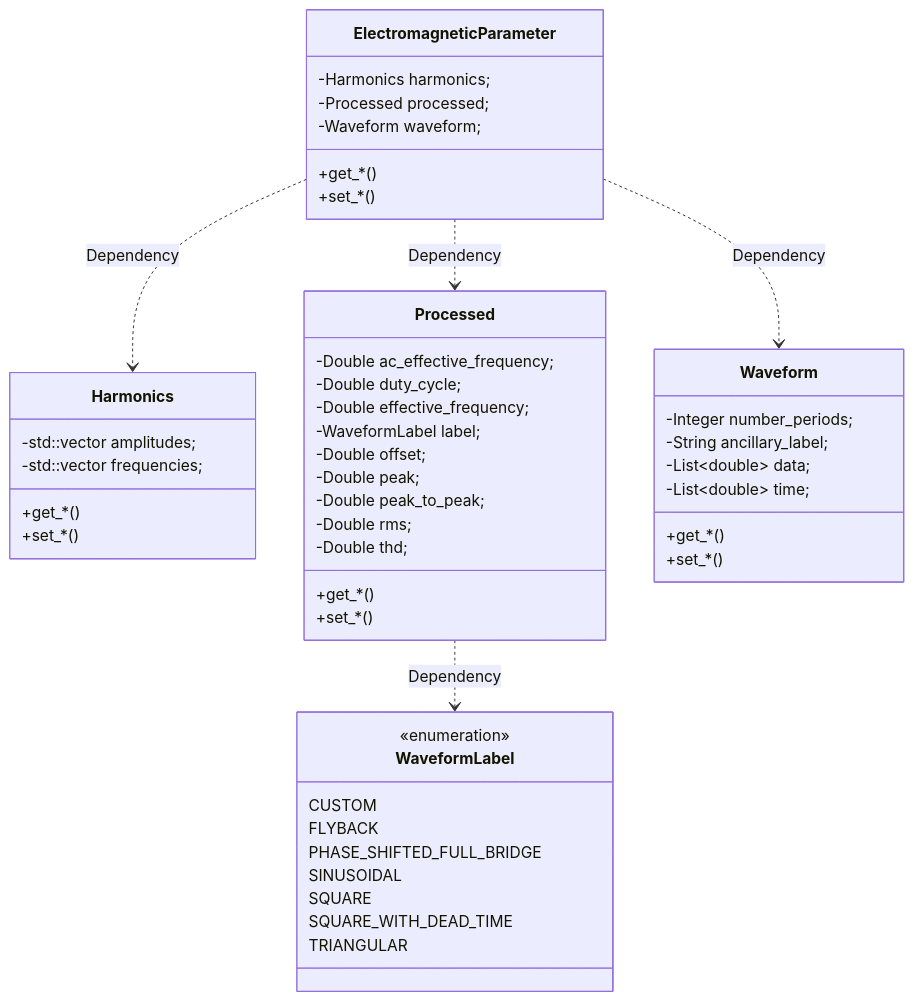
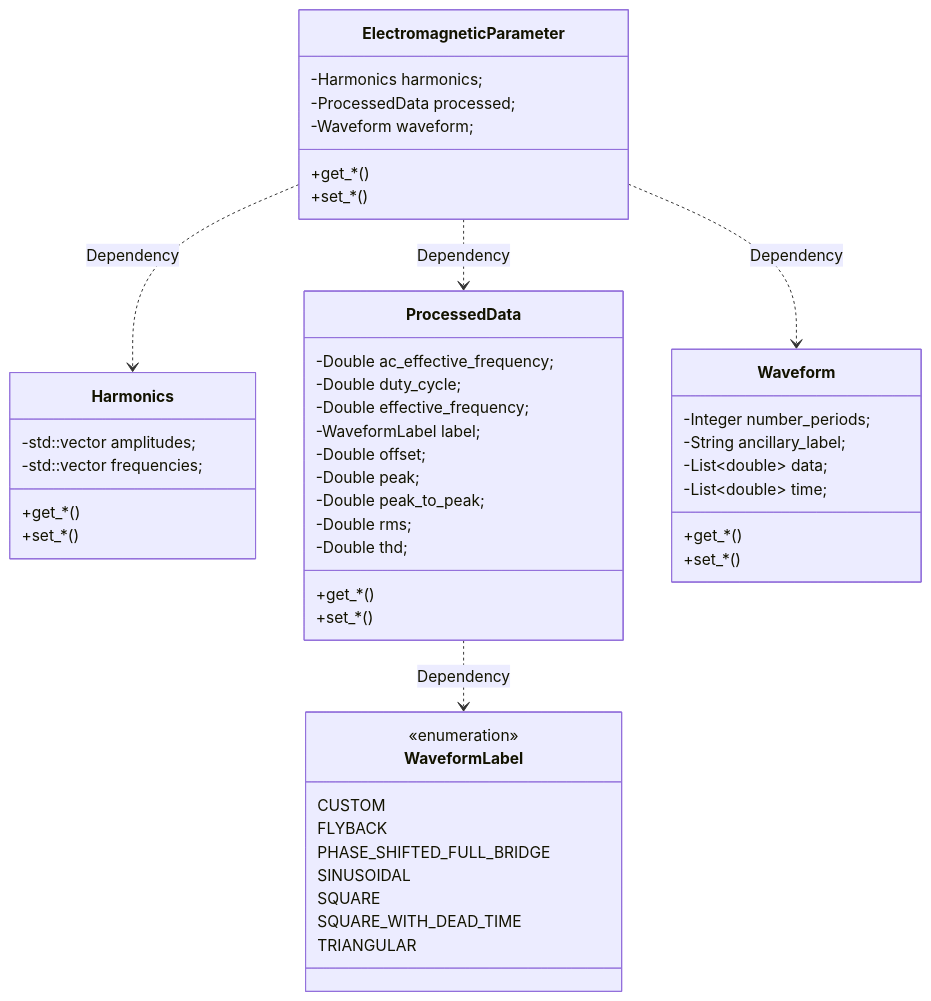
Before and after one commit to OpenMagnetics/MAS: the fourth of 4 diagrams in docs/inputs.md, drawn with Mermaid. The commit also changed other lines of this file and 13 other files, not shown here.

Commit message:
Renamed winding for coil, and Processed by ProcessedData in inputs

````diff
--- a/docs/inputs.md
+++ b/docs/inputs.md
@@ -363,65 +363,65 @@
 ```mermaid
 classDiagram
 
 class ElectromagneticParameter {
 
     -Harmonics harmonics;
-    -Processed processed;
+    -ProcessedData processed;
     -Waveform waveform;
 
     +get_*()
     +set_*()
 }
 
 ElectromagneticParameter ..> Harmonics : Dependency
-ElectromagneticParameter ..> Processed : Dependency
+ElectromagneticParameter ..> ProcessedData : Dependency
 ElectromagneticParameter ..> Waveform : Dependency
 
 
 class Harmonics {
 
     -std::vector<double> amplitudes;
     -std::vector<double> frequencies;
 
     +get_*()
     +set_*()
 }
 
-class Processed {
+class ProcessedData {
 
     -Double ac_effective_frequency;
     -Double duty_cycle;
     -Double effective_frequency;
     -WaveformLabel label;
     -Double offset;
     -Double peak;
     -Double peak_to_peak;
     -Double rms;
     -Double thd;
 
     +get_*()
     +set_*()
 }
-Processed ..> WaveformLabel : Dependency
+ProcessedData ..> WaveformLabel : Dependency
 
 class WaveformLabel {
     <<enumeration>>
     CUSTOM
     FLYBACK
     PHASE_SHIFTED_FULL_BRIDGE
     SINUSOIDAL
     SQUARE
     SQUARE_WITH_DEAD_TIME
     TRIANGULAR
 }
 
 class Waveform {
     -Integer number_periods;
     -String ancillary_label;
     -List~double~ data;
     -List~double~ time;
 
     +get_*()
     +set_*()
 }
 ```
````
